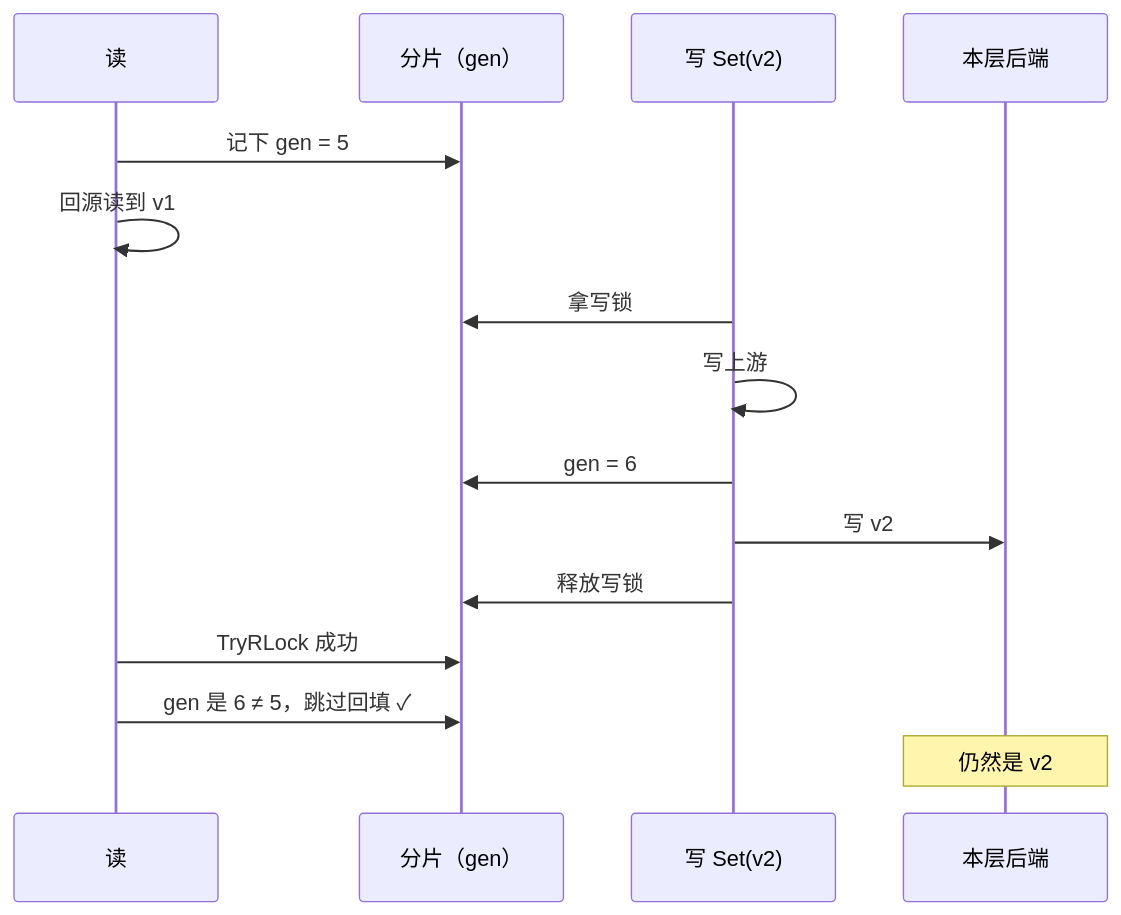
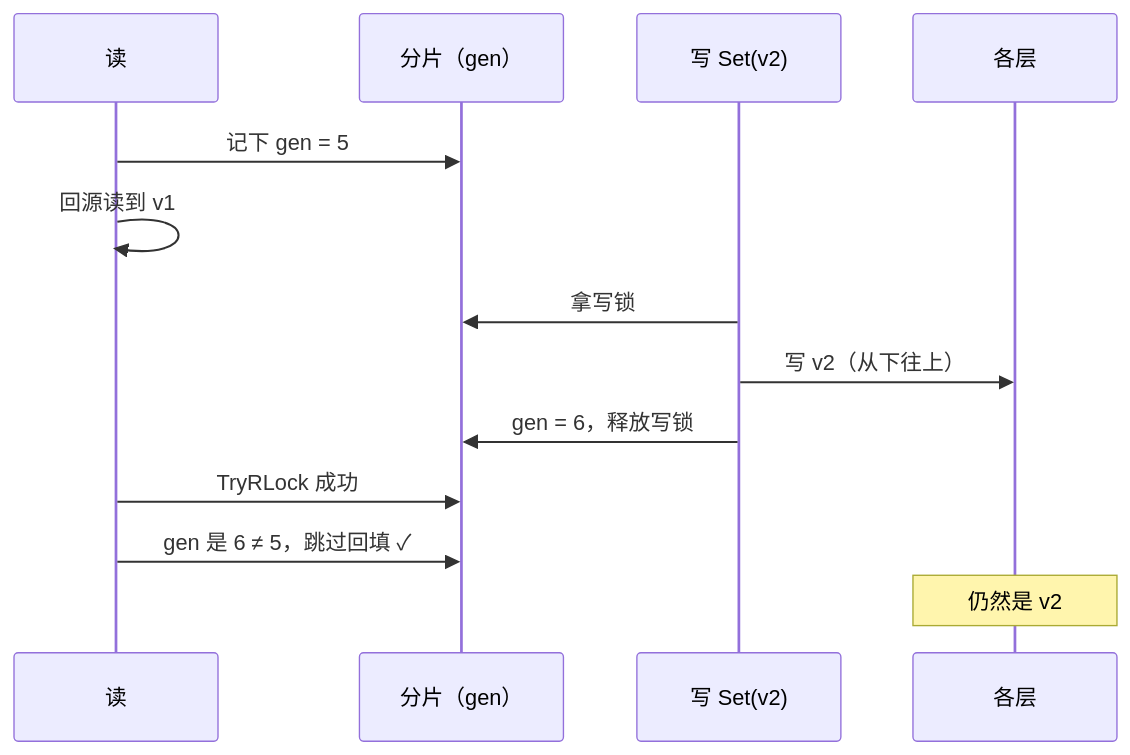
Before and after one commit to theplant/cachex: the fourth of 8 diagrams in docs/design/write-order.md, drawn with Mermaid. The commit also changed other lines of this file and 19 other files, not shown here.

````diff
--- a/docs/design/write-order.md
+++ b/docs/design/write-order.md
@@ -171,17 +167,15 @@
 ```mermaid
 sequenceDiagram
     participant R as 读
     participant S as 分片（gen）
     participant W as 写 Set(v2)
-    participant B as 本层后端
+    participant L as 各层
     R->>S: 记下 gen = 5
     R->>R: 回源读到 v1
     W->>S: 拿写锁
-    W->>W: 写上游
-    W->>S: gen = 6
-    W->>B: 写 v2
-    W->>S: 释放写锁
+    W->>L: 写 v2（从下往上）
+    W->>S: gen = 6，释放写锁
     R->>S: TryRLock 成功
     R->>S: gen 是 6 ≠ 5，跳过回填 ✓
-    Note over B: 仍然是 v2
+    Note over L: 仍然是 v2
 ```
````
